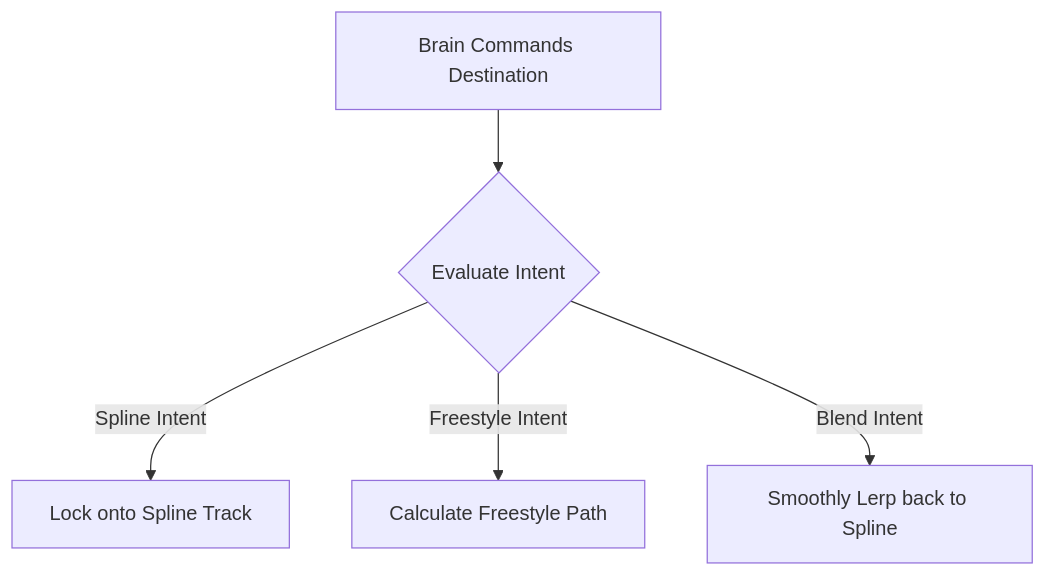
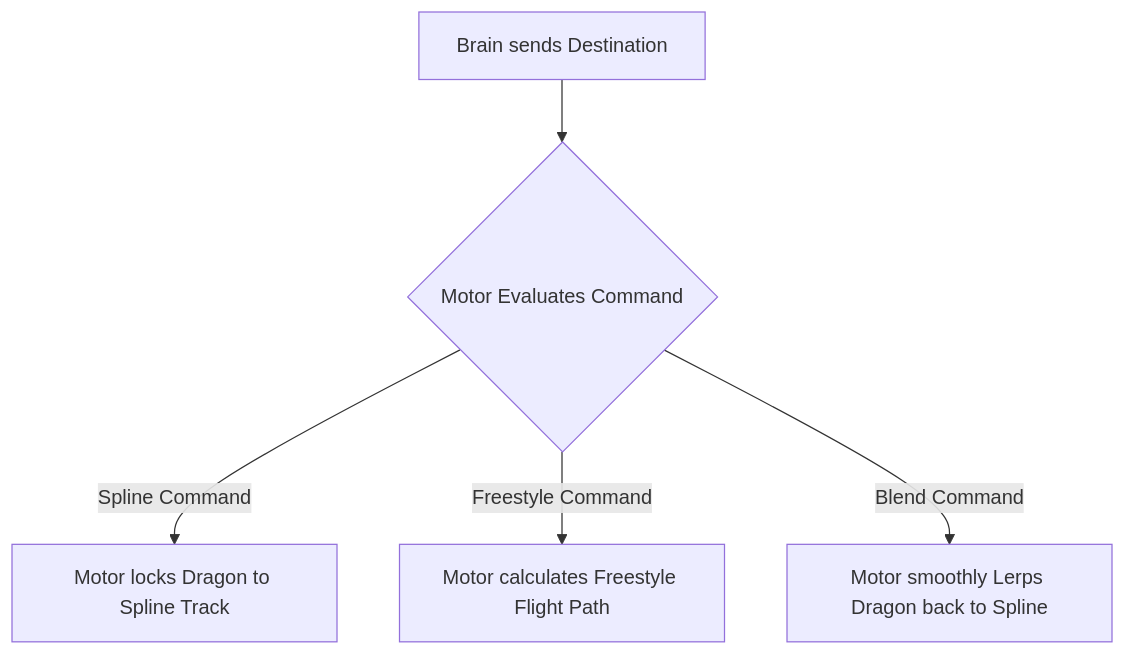
One commit to NatalieC001/ObiRopeTest changed the third of 4 diagrams in Dragon_Code_Overview.md. Above: the diagram before and after it, drawn with Mermaid. The commit also changed other lines of this file, not shown here.

First line of the commit message:
docs: rewrite Dragon Code Overview using active, linear language

````diff
--- a/Dragon_Code_Overview.md
+++ b/Dragon_Code_Overview.md
@@ -61,7 +79,7 @@
 ```mermaid
 graph TD
-    Brain[Brain Commands Destination] --> Motor{Evaluate Intent}
-    Motor -- Spline Intent --> Lock[Lock onto Spline Track]
-    Motor -- Freestyle Intent --> Fly[Calculate Freestyle Path]
-    Motor -- Blend Intent --> Lerp[Smoothly Lerp back to Spline]
+    Brain[Brain sends Destination] --> Motor{Motor Evaluates Command}
+    Motor -- Spline Command --> Lock[Motor locks Dragon to Spline Track]
+    Motor -- Freestyle Command --> Fly[Motor calculates Freestyle Flight Path]
+    Motor -- Blend Command --> Lerp[Motor smoothly Lerps Dragon back to Spline]
 ```
````
